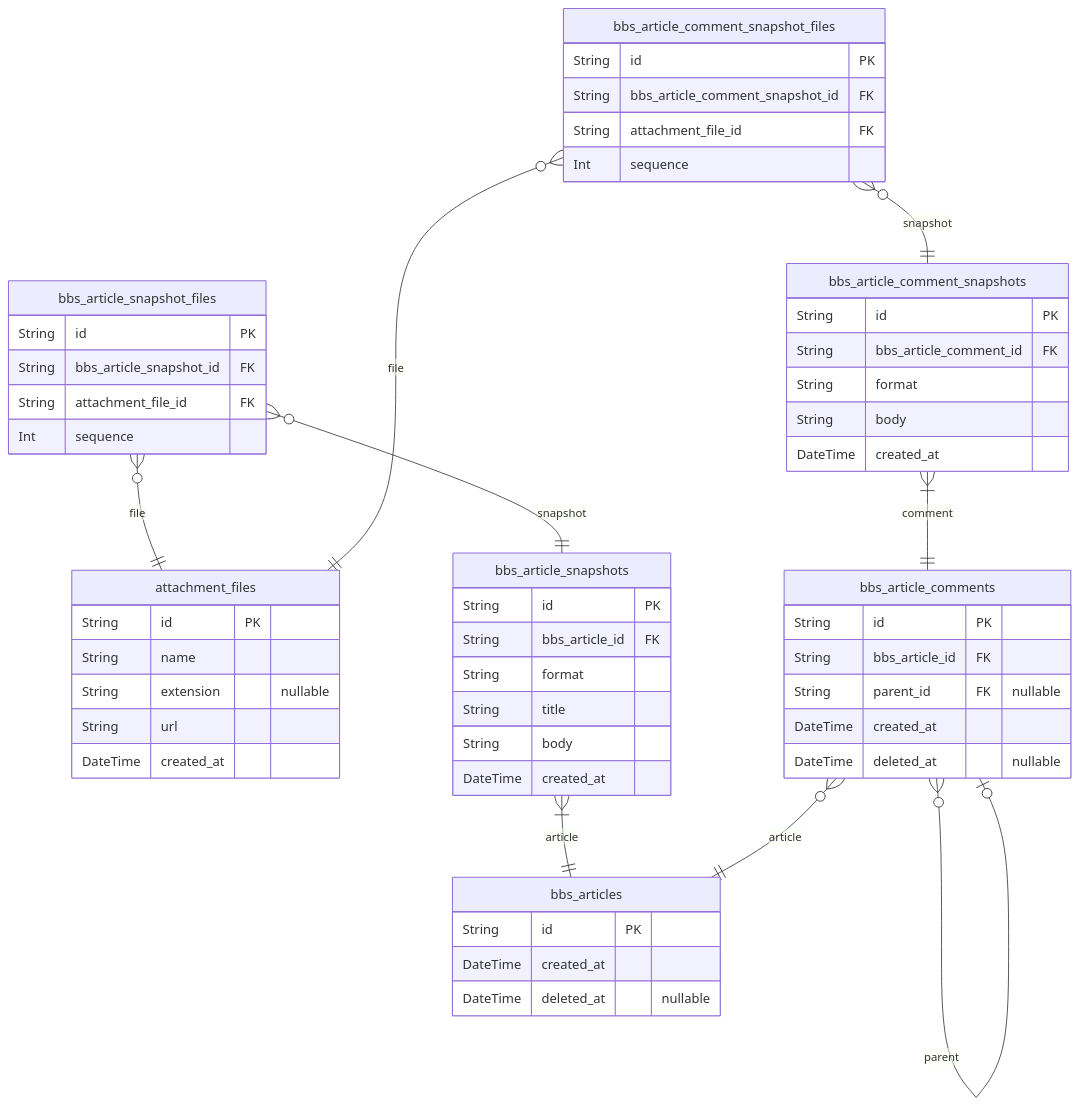
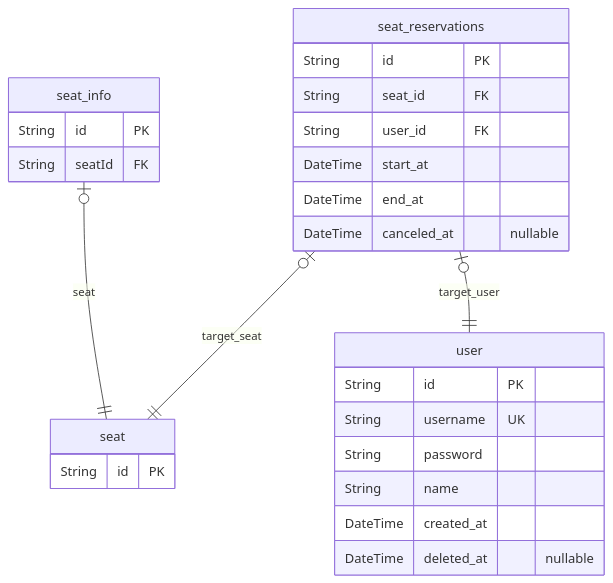
One commit to Switch1220/klib changed the diagram in server/docs/ERD.md. Above: the diagram before and after it, drawn with Mermaid. The commit also changed other lines of this file and 40 other files, not shown here.

Commit message:
Add user, seat controllers

````diff
--- a/server/docs/ERD.md
+++ b/server/docs/ERD.md
@@ -7,57 +7,29 @@
 ```mermaid
 erDiagram
-"attachment_files" {
+"user" {
   String id PK
+  String username UK
+  String password
   String name
-  String extension "nullable"
-  String url
-  DateTime created_at
-}
-"bbs_articles" {
-  String id PK
   DateTime created_at
   DateTime deleted_at "nullable"
 }
-"bbs_article_snapshots" {
+"seat" {
   String id PK
-  String bbs_article_id FK
-  String format
-  String title
-  String body
-  DateTime created_at
 }
-"bbs_article_snapshot_files" {
+"seat_info" {
   String id PK
-  String bbs_article_snapshot_id FK
-  String attachment_file_id FK
-  Int sequence
+  String seatId FK
 }
-"bbs_article_comments" {
+"seat_reservations" {
   String id PK
-  String bbs_article_id FK
-  String parent_id FK "nullable"
-  DateTime created_at
-  DateTime deleted_at "nullable"
+  String seat_id FK
+  String user_id FK
+  DateTime start_at
+  DateTime end_at
+  DateTime canceled_at "nullable"
 }
-"bbs_article_comment_snapshots" {
-  String id PK
-  String bbs_article_comment_id FK
-  String format
-  String body
-  DateTime created_at
-}
-"bbs_article_comment_snapshot_files" {
-  String id PK
-  String bbs_article_comment_snapshot_id FK
-  String attachment_file_id FK
-  Int sequence
-}
-"bbs_article_snapshots" }|--|| "bbs_articles" : article
-"bbs_article_snapshot_files" }o--|| "bbs_article_snapshots" : snapshot
-"bbs_article_snapshot_files" }o--|| "attachment_files" : file
-"bbs_article_comments" }o--|| "bbs_articles" : article
-"bbs_article_comments" }o--o| "bbs_article_comments" : parent
-"bbs_article_comment_snapshots" }|--|| "bbs_article_comments" : comment
-"bbs_article_comment_snapshot_files" }o--|| "bbs_article_comment_snapshots" : snapshot
-"bbs_article_comment_snapshot_files" }o--|| "attachment_files" : file
+"seat_info" |o--|| "seat" : seat
+"seat_reservations" |o--|| "seat" : target_seat
+"seat_reservations" |o--|| "user" : target_user
 ```
````
